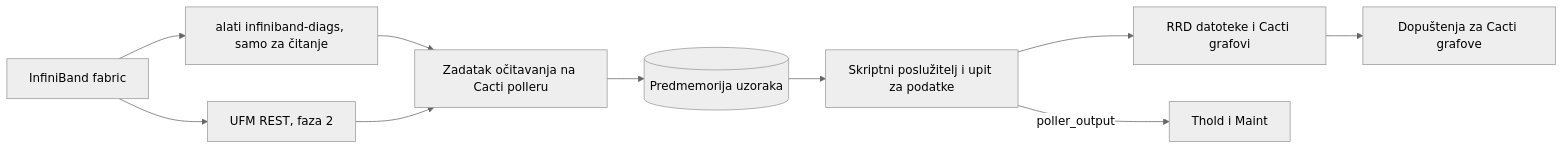
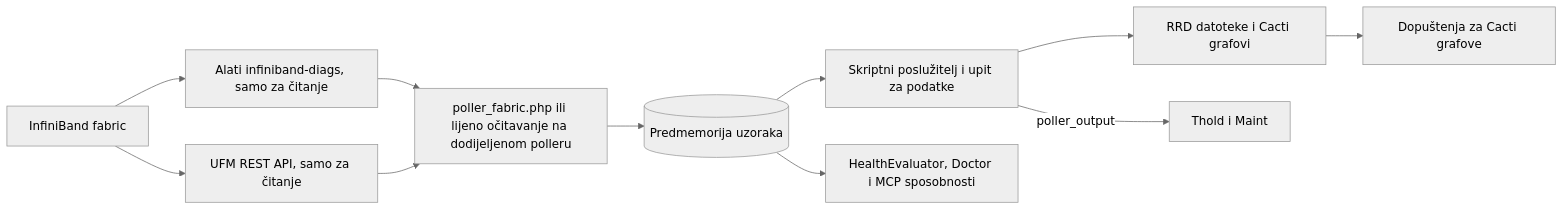
Before and after one commit to somethingwithproof/plugin_fabric: the diagram in docs/i18n/hr-HR/README.md, drawn with Mermaid (neutral theme). The commit also changed other lines of this file and 48 other files, not shown here.

````diff
--- a/docs/i18n/hr-HR/README.md
+++ b/docs/i18n/hr-HR/README.md
@@ -92,12 +132,13 @@
 ```mermaid
 flowchart LR
-    F[InfiniBand fabric] --> T[alati infiniband-diags, samo za čitanje]
-    F --> U[UFM REST, faza 2]
-    T --> S[Zadatak očitavanja na Cacti polleru]
+    F[InfiniBand fabric] --> T[Alati infiniband-diags, samo za čitanje]
+    F --> U[UFM REST API, samo za čitanje]
+    T --> S[poller_fabric.php ili lijeno očitavanje na dodijeljenom polleru]
     U --> S
     S --> C[(Predmemorija uzoraka)]
     C --> SS[Skriptni poslužitelj i upit za podatke]
     SS --> R[RRD datoteke i Cacti grafovi]
     SS -->|poller_output| TH[Thold i Maint]
+    C --> H[HealthEvaluator, Doctor i MCP sposobnosti]
     R --> P[Dopuštenja za Cacti grafove]
 ```
````
